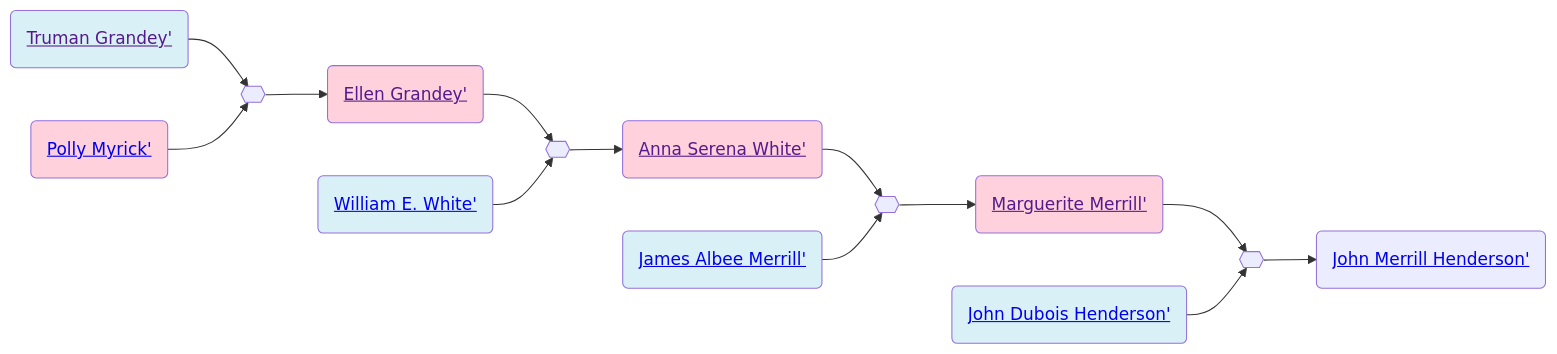
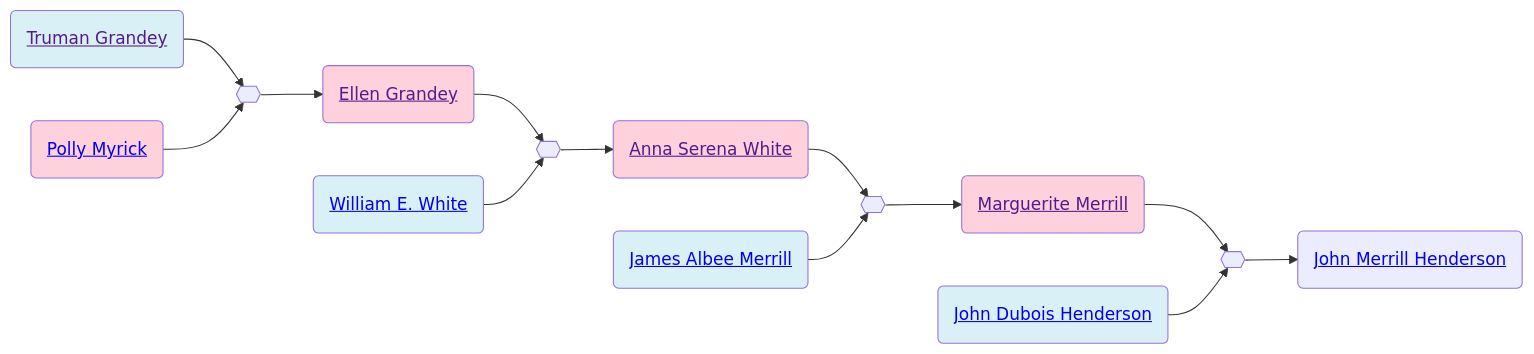
Before and after one commit to neelsmith/avocational: the diagram in familyhistory/sources/people/Merrill-line/Grandey-line/Truman_Grandey.qmd, drawn with Mermaid. The commit also changed 96 other files, not shown here.

````diff
--- a/familyhistory/sources/people/Merrill-line/Grandey-line/Truman_Grandey.qmd
+++ b/familyhistory/sources/people/Merrill-line/Grandey-line/Truman_Grandey.qmd
@@ -26,32 +26,32 @@
 ```{mermaid}
 graph LR
 %% LR descendant diagram
 class Truman_Grandey_and_Polly_Myrick marriage
-Truman_Grandey(<a href=''>Truman Grandey'</>) --> Truman_Grandey_and_Polly_Myrick{{ }}
-Polly_Myrick(<a href='./../White-line/Grandey/Polly_Myrick.html'>Polly Myrick'</>) --> Truman_Grandey_and_Polly_Myrick{{ }}
+Truman_Grandey(<a href=''>Truman Grandey</a>) --> Truman_Grandey_and_Polly_Myrick{{ }}
+Polly_Myrick(<a href='./../White-line/Grandey/Polly_Myrick.html'>Polly Myrick</a>) --> Truman_Grandey_and_Polly_Myrick{{ }}
 class Truman_Grandey father
 class Polly_Myrick mother
-Truman_Grandey_and_Polly_Myrick{{ }} --> Ellen_Grandey(<a href='./Ellen_Grandey.html'>Ellen Grandey'</>)
+Truman_Grandey_and_Polly_Myrick{{ }} --> Ellen_Grandey(<a href='./Ellen_Grandey.html'>Ellen Grandey</a>)
 class Ellen_Grandey_and_William_E._White marriage
-Ellen_Grandey(<a href=''>Ellen Grandey'</>) --> Ellen_Grandey_and_William_E._White{{ }}
-William_E._White(<a href='./../White-line/William_E._White.html'>William E. White'</>) --> Ellen_Grandey_and_William_E._White{{ }}
+Ellen_Grandey(<a href=''>Ellen Grandey</a>) --> Ellen_Grandey_and_William_E._White{{ }}
+William_E._White(<a href='./../White-line/William_E._White.html'>William E. White</a>) --> Ellen_Grandey_and_William_E._White{{ }}
 class William_E._White father
 class Ellen_Grandey mother
-Ellen_Grandey_and_William_E._White{{ }} --> Anna_Serena_White(<a href='./../White-line/Anna_Serena_White.html'>Anna Serena White'</>)
+Ellen_Grandey_and_William_E._White{{ }} --> Anna_Serena_White(<a href='./../White-line/Anna_Serena_White.html'>Anna Serena White</a>)
 class Anna_Serena_White_and_James_Albee_Merrill marriage
-Anna_Serena_White(<a href=''>Anna Serena White'</>) --> Anna_Serena_White_and_James_Albee_Merrill{{ }}
-James_Albee_Merrill(<a href='./../James_Albee_Merrill.html'>James Albee Merrill'</>) --> Anna_Serena_White_and_James_Albee_Merrill{{ }}
+Anna_Serena_White(<a href=''>Anna Serena White</a>) --> Anna_Serena_White_and_James_Albee_Merrill{{ }}
+James_Albee_Merrill(<a href='./../James_Albee_Merrill.html'>James Albee Merrill</a>) --> Anna_Serena_White_and_James_Albee_Merrill{{ }}
 class James_Albee_Merrill father
 class Anna_Serena_White mother
-Anna_Serena_White_and_James_Albee_Merrill{{ }} --> Marguerite_Merrill(<a href='./../Marguerite_Merrill.html'>Marguerite Merrill'</>)
+Anna_Serena_White_and_James_Albee_Merrill{{ }} --> Marguerite_Merrill(<a href='./../Marguerite_Merrill.html'>Marguerite Merrill</a>)
 class Marguerite_Merrill_and_John_Dubois_Henderson marriage
-Marguerite_Merrill(<a href=''>Marguerite Merrill'</>) --> Marguerite_Merrill_and_John_Dubois_Henderson{{ }}
-John_Dubois_Henderson(<a href='./../Henderson-line/John_Dubois_Henderson.html'>John Dubois Henderson'</>) --> Marguerite_Merrill_and_John_Dubois_Henderson{{ }}
+Marguerite_Merrill(<a href=''>Marguerite Merrill</a>) --> Marguerite_Merrill_and_John_Dubois_Henderson{{ }}
+John_Dubois_Henderson(<a href='./../Henderson-line/John_Dubois_Henderson.html'>John Dubois Henderson</a>) --> Marguerite_Merrill_and_John_Dubois_Henderson{{ }}
 class John_Dubois_Henderson father
 class Marguerite_Merrill mother
-Marguerite_Merrill_and_John_Dubois_Henderson{{ }} --> John_Merrill_Henderson(<a href='./../Henderson-line/John_Merrill_Henderson.html'>John Merrill Henderson'</>)
+Marguerite_Merrill_and_John_Dubois_Henderson{{ }} --> John_Merrill_Henderson(<a href='./../Henderson-line/John_Merrill_Henderson.html'>John Merrill Henderson</a>)
 classDef mother fill:#ffd1dc
 classDef father fill:#daf0f7  
 classDef marriage fill:#ffffff
 
 ```
````
